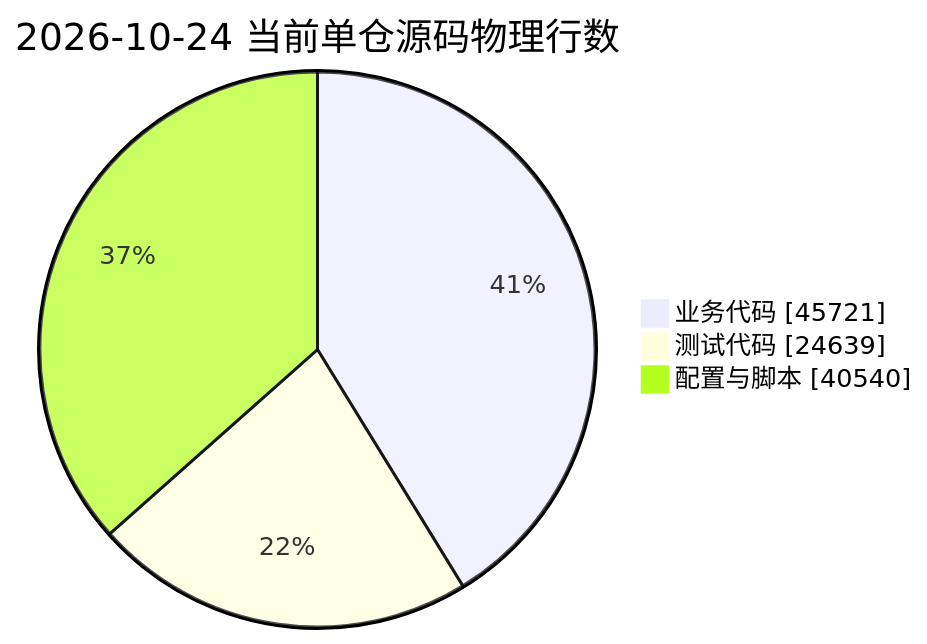
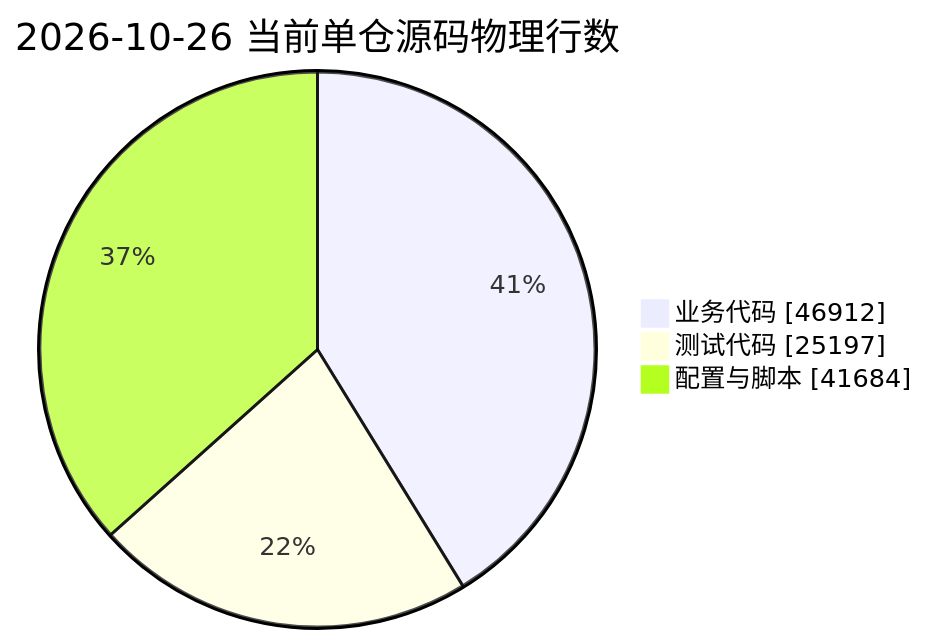
The third of 3 diagrams in README.md (JobsKits/MacOS_Extension), drawn with Mermaid before and after one commit. The commit also changed other lines of this file and 44 other files, not shown here.

````diff
--- a/README.md
+++ b/README.md
@@ -492,7 +494,7 @@
 ```mermaid
 pie showData
-    title 2026-10-24 当前单仓源码物理行数
-    "业务代码" : 45721
-    "测试代码" : 24639
-    "配置与脚本" : 40540
+    title 2026-10-26 当前单仓源码物理行数
+    "业务代码" : 46912
+    "测试代码" : 25197
+    "配置与脚本" : 41684
 ```
````
